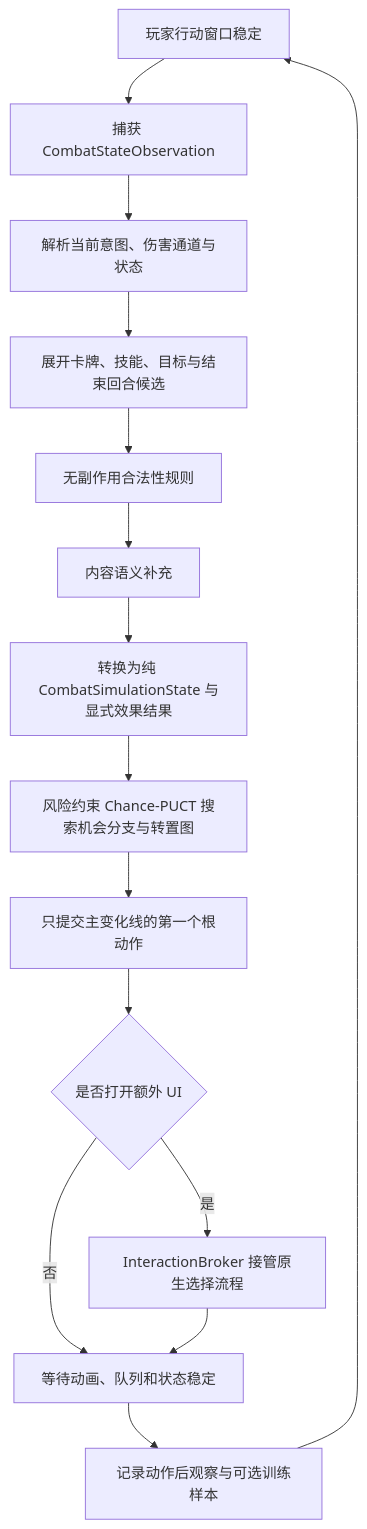
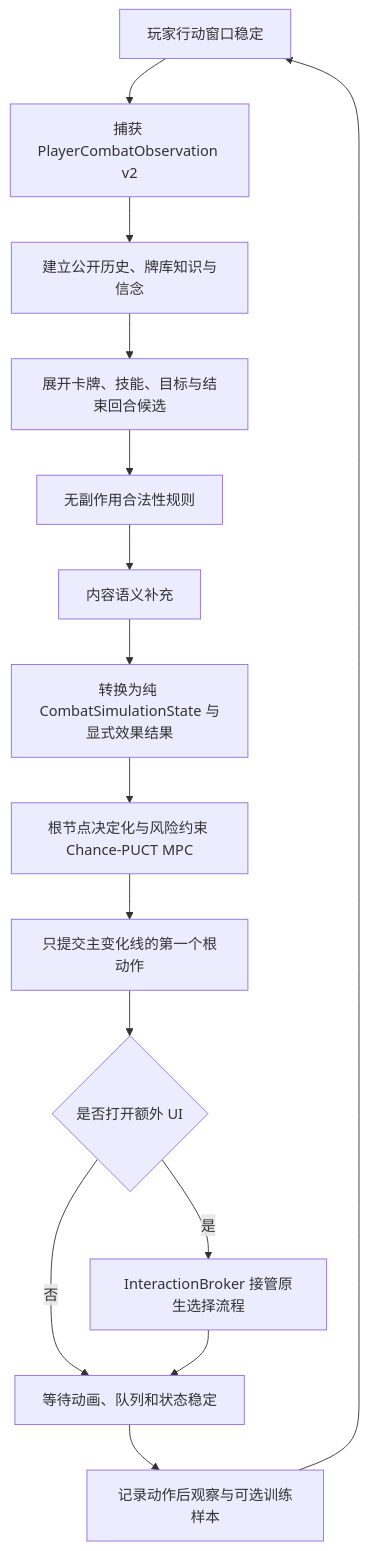
One commit to AuraKaliya/apocalyptic-journey-mod-SunExp changed the diagram in docs/AuraCombatAI/01-当前基线与系统架构.md. Above: the diagram before and after it, drawn with Mermaid. The commit also changed other lines of this file and 40 other files, not shown here.

````diff
--- a/docs/AuraCombatAI/01-当前基线与系统架构.md
+++ b/docs/AuraCombatAI/01-当前基线与系统架构.md
@@ -18,17 +18,17 @@
 ```mermaid
 flowchart TD
-    A["玩家行动窗口稳定"] --> B["捕获 CombatStateObservation"]
-    B --> C["解析当前意图、伤害通道与状态"]
+    A["玩家行动窗口稳定"] --> B["捕获 PlayerCombatObservation v2"]
+    B --> C["建立公开历史、牌库知识与信念"]
     C --> D["展开卡牌、技能、目标与结束回合候选"]
     D --> E["无副作用合法性规则"]
     E --> F["内容语义补充"]
     F --> G["转换为纯 CombatSimulationState 与显式效果结果"]
-    G --> G1["风险约束 Chance-PUCT 搜索机会分支与转置图"]
+    G --> G1["根节点决定化与风险约束 Chance-PUCT MPC"]
     G1 --> H0["只提交主变化线的第一个根动作"]
     H0 --> H{"是否打开额外 UI"}
     H -- "是" --> I["InteractionBroker 接管原生选择流程"]
     H -- "否" --> J["等待动画、队列和状态稳定"]
     I --> J
     J --> K["记录动作后观察与可选训练样本"]
     K --> A
 ```
````
